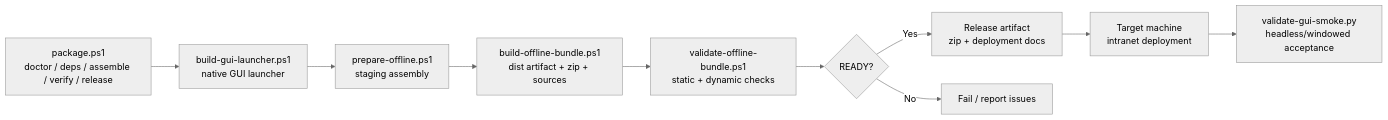
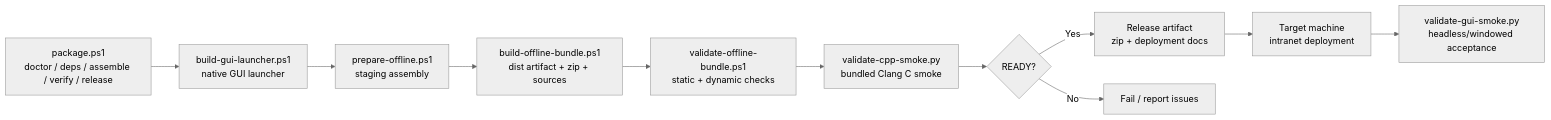
Before and after one commit to czh869452912/ccode-win7: the diagram in docs/modules/packaging-and-deployment.md, drawn with Mermaid (neutral theme). The commit also changed other lines of this file and 21 other files, not shown here.

````diff
--- a/docs/modules/packaging-and-deployment.md
+++ b/docs/modules/packaging-and-deployment.md
@@ -103,12 +110,13 @@
 ```mermaid
 flowchart LR
     A["package.ps1<br/>doctor / deps / assemble / verify / release"] --> L["build-gui-launcher.ps1<br/>native GUI launcher"]
     L --> B["prepare-offline.ps1<br/>staging assembly"]
     B --> C["build-offline-bundle.ps1<br/>dist artifact + zip + sources"]
     C --> D["validate-offline-bundle.ps1<br/>static + dynamic checks"]
-    D --> E{READY?}
+    D --> J["validate-cpp-smoke.py<br/>bundled Clang C smoke"]
+    J --> E{READY?}
     E -->|Yes| F["Release artifact<br/>zip + deployment docs"]
     E -->|No| G["Fail / report issues"]
     F --> H["Target machine<br/>intranet deployment"]
     H --> I["validate-gui-smoke.py<br/>headless/windowed acceptance"]
 ```
````
